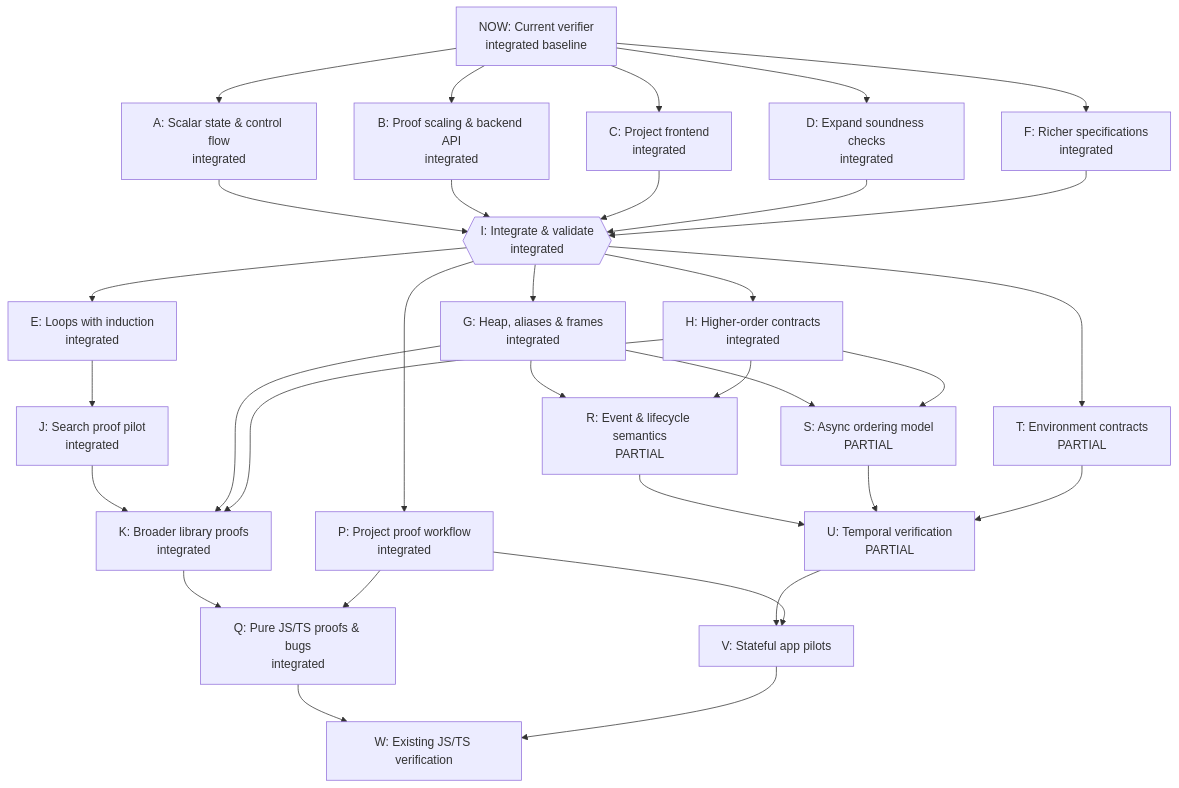
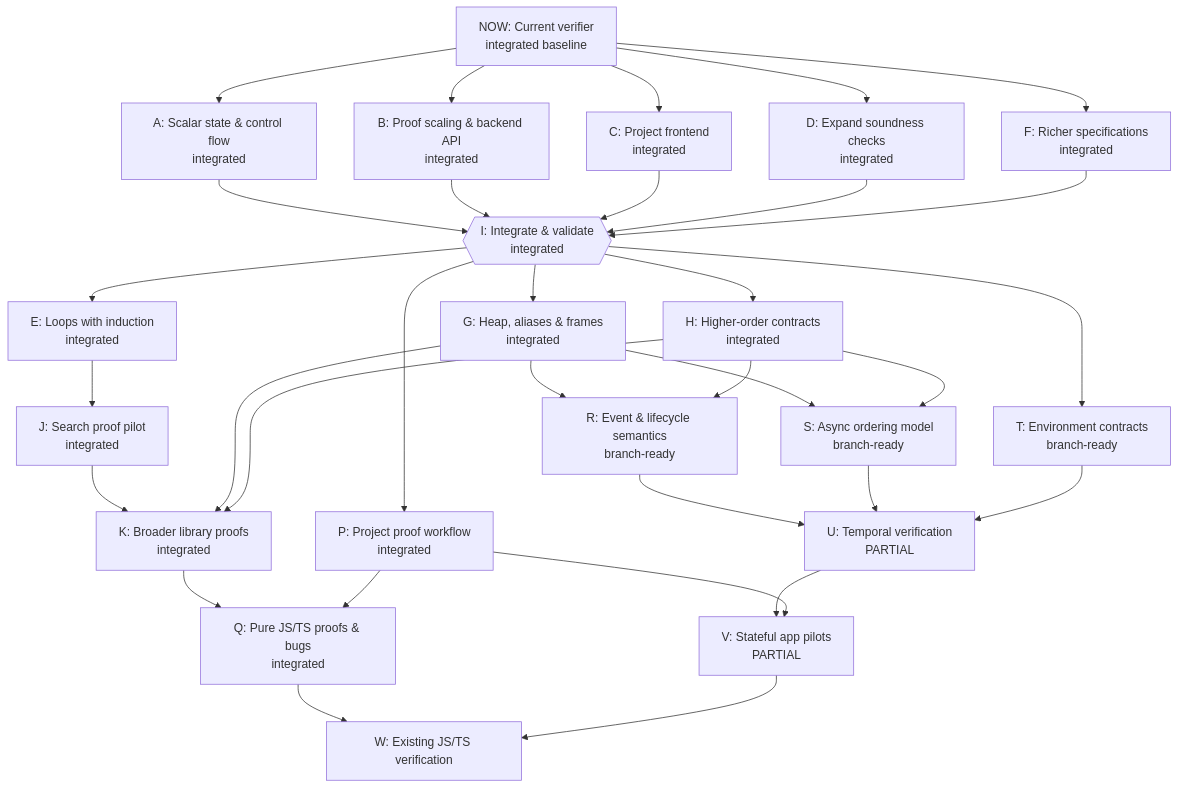
Before and after one commit to rickono/verified-list-ui: the diagram in docs/verification-roadmap.md, drawn with Mermaid. The commit also changed other lines of this file and 31 other files, not shown here.

````diff
--- a/docs/verification-roadmap.md
+++ b/docs/verification-roadmap.md
@@ -7,55 +7,55 @@
 ```mermaid
 flowchart TD
   NOW["NOW: Current verifier<br/>integrated baseline"]
   A["A: Scalar state &amp; control flow<br/>integrated"]
   B["B: Proof scaling &amp; backend API<br/>integrated"]
   C["C: Project frontend<br/>integrated"]
   D["D: Expand soundness checks<br/>integrated"]
   F["F: Richer specifications<br/>integrated"]
   I{{"I: Integrate &amp; validate<br/>integrated"}}
   E["E: Loops with induction<br/>integrated"]
   G["G: Heap, aliases &amp; frames<br/>integrated"]
   H["H: Higher-order contracts<br/>integrated"]
   J["J: Search proof pilot<br/>integrated"]
   K["K: Broader library proofs<br/>integrated"]
   P["P: Project proof workflow<br/>integrated"]
   Q["Q: Pure JS/TS proofs &amp; bugs<br/>integrated"]
-  R["R: Event &amp; lifecycle semantics<br/>PARTIAL"]
-  S["S: Async ordering model<br/>PARTIAL"]
-  T["T: Environment contracts<br/>PARTIAL"]
+  R["R: Event &amp; lifecycle semantics<br/>branch-ready"]
+  S["S: Async ordering model<br/>branch-ready"]
+  T["T: Environment contracts<br/>branch-ready"]
   U["U: Temporal verification<br/>PARTIAL"]
-  V["V: Stateful app pilots"]
+  V["V: Stateful app pilots<br/>PARTIAL"]
   W["W: Existing JS/TS verification"]
   NOW --> A
   NOW --> B
   NOW --> C
   NOW --> D
   NOW --> F
   A --> I
   B --> I
   C --> I
   D --> I
   F --> I
   I --> E
   I --> G
   I --> H
   E --> J
   J --> K
   G --> K
   H --> K
   I --> P
   K --> Q
   P --> Q
   G --> R
   H --> R
   G --> S
   H --> S
   I --> T
   R --> U
   S --> U
   T --> U
   U --> V
   P --> V
   Q --> W
   V --> W
 ```
````
